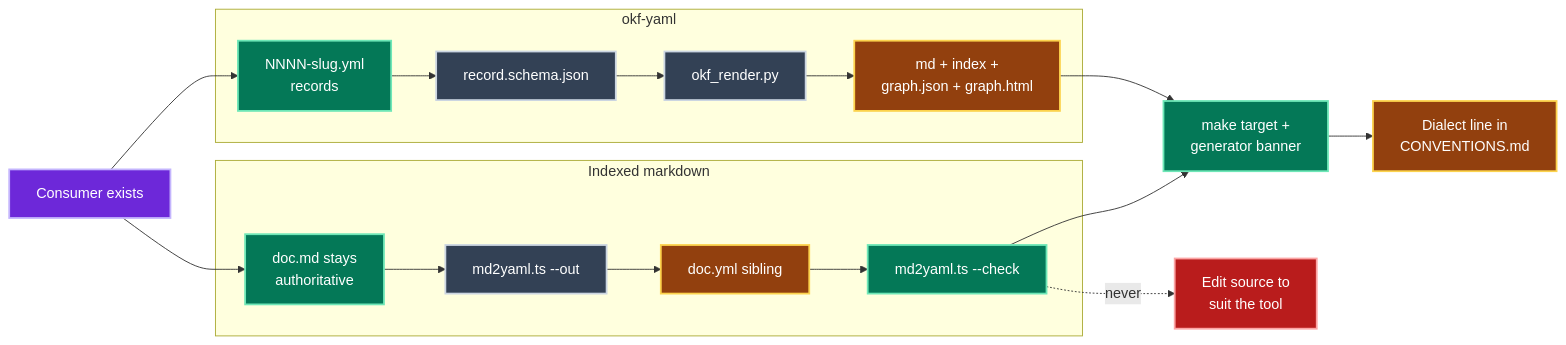
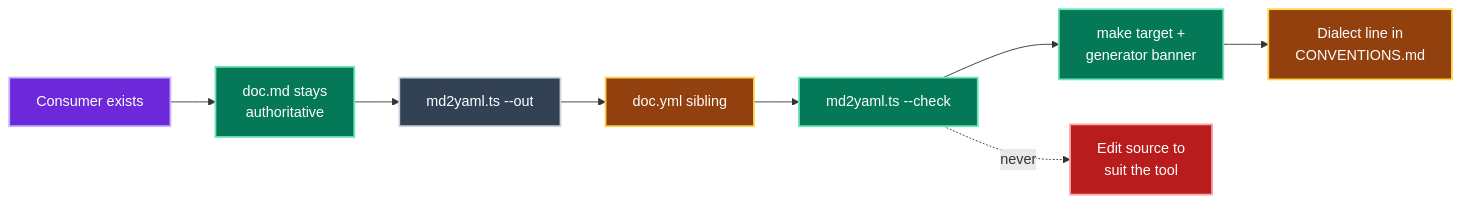
One commit to jpeakai/skills changed diagram 12 of 12 in skills/librarian/ARCHITECTURE.md. Above: the diagram before and after it, drawn with Mermaid. The commit also changed other lines of this file and 49 other files, not shown here.

````diff
--- a/skills/librarian/ARCHITECTURE.md
+++ b/skills/librarian/ARCHITECTURE.md
@@ -455,35 +447,22 @@
 ```mermaid
 flowchart LR
     TRIG["Consumer exists"]:::rule
-
-    subgraph IDXMD["Indexed markdown"]
-        SRC["doc.md stays<br/>authoritative"]:::step
-        M2Y["md2yaml.ts --out"]:::resource
-        YML["doc.yml sibling"]:::artifact
-        CHK["md2yaml.ts --check"]:::step
-    end
-
-    subgraph OKFB["okf-yaml"]
-        REC["NNNN-slug.yml<br/>records"]:::step
-        SCH["record.schema.json"]:::resource
-        REN["okf_render.py"]:::resource
-        OUTS["md + index +<br/>graph.json + graph.html"]:::artifact
-    end
-
+    SRC["doc.md stays<br/>authoritative"]:::step
+    M2Y["md2yaml.ts --out"]:::resource
+    YML["doc.yml sibling"]:::artifact
+    CHK["md2yaml.ts --check"]:::step
     MK["make target +<br/>generator banner"]:::step
     CONV["Dialect line in<br/>CONVENTIONS.md"]:::artifact
     FIXDOC["Edit source to<br/>suit the tool"]:::forbidden
 
     TRIG --> SRC --> M2Y --> YML --> CHK
-    TRIG --> REC --> SCH --> REN --> OUTS
     CHK --> MK
-    OUTS --> MK
     MK --> CONV
     CHK -. never .-> FIXDOC
 
     classDef rule      fill:#6d28d9,stroke:#c4b5fd,color:#fff,stroke-width:2px
     classDef step      fill:#047857,stroke:#6ee7b7,color:#fff,stroke-width:2px
     classDef resource  fill:#334155,stroke:#cbd5e1,color:#fff,stroke-width:2px
     classDef artifact  fill:#92400e,stroke:#fcd34d,color:#fff,stroke-width:2px
     classDef forbidden fill:#b91c1c,stroke:#fca5a5,color:#fff,stroke-width:2px
 ```
````
